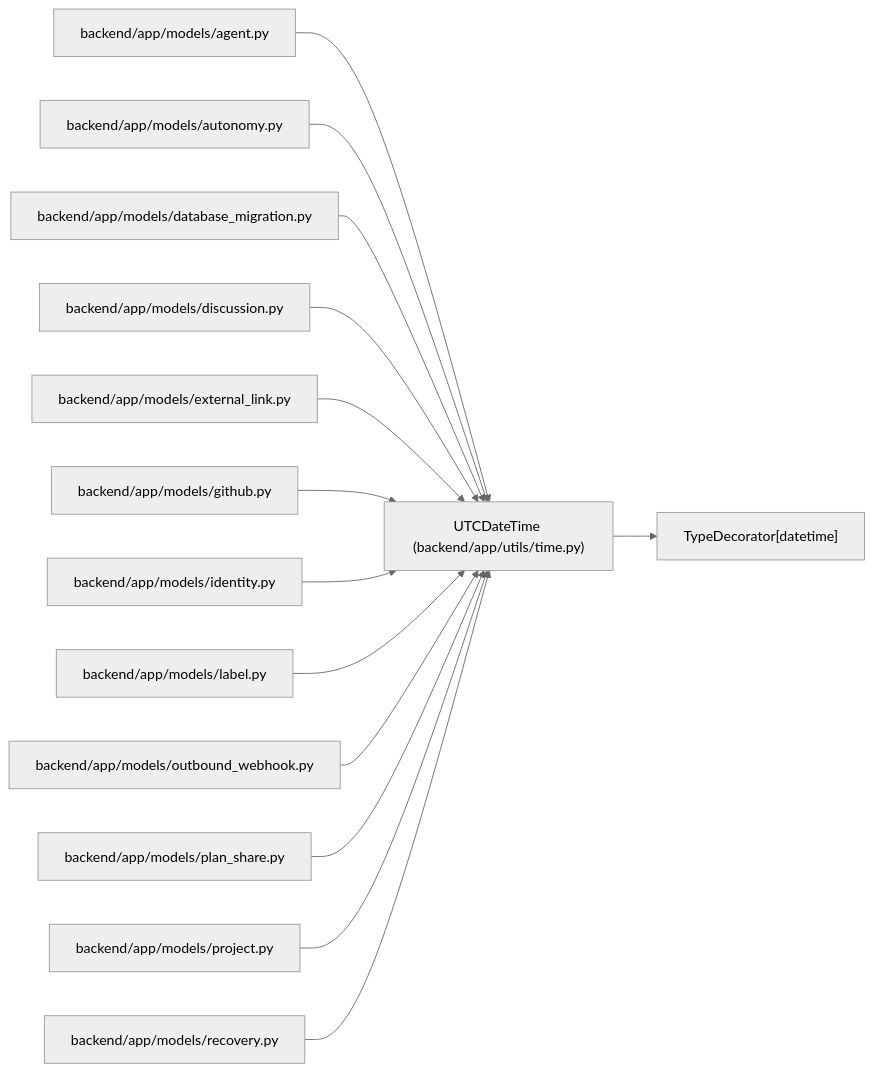
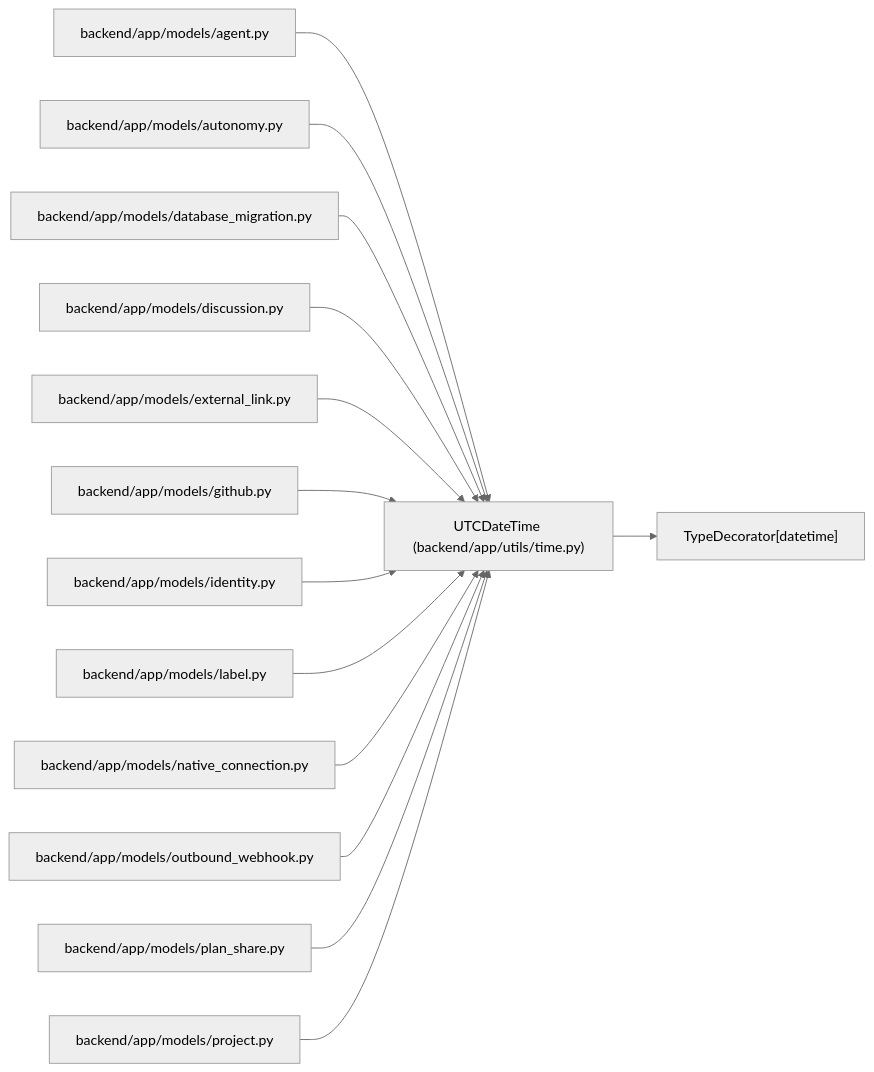
Before and after one commit to Denissvgn/WorkChord: the diagram in docs/llm_wiki/entities/UTCDateTime.md, drawn with Mermaid (neutral theme). The commit also changed other lines of this file and 621 other files, not shown here.

````diff
--- a/docs/llm_wiki/entities/UTCDateTime.md
+++ b/docs/llm_wiki/entities/UTCDateTime.md
@@ -31,43 +31,43 @@
 ```mermaid
 flowchart LR
     n0["UTCDateTime (backend/app/utils/time.py)"]
     n1["TypeDecorator[datetime]"]
     n2["backend/app/models/agent.py"]
     n3["backend/app/models/autonomy.py"]
     n4["backend/app/models/database_migration.py"]
     n5["backend/app/models/discussion.py"]
     n6["backend/app/models/external_link.py"]
     n7["backend/app/models/github.py"]
     n8["backend/app/models/identity.py"]
     n9["backend/app/models/label.py"]
-    n10["backend/app/models/outbound_webhook.py"]
-    n11["backend/app/models/plan_share.py"]
-    n12["backend/app/models/project.py"]
-    n13["backend/app/models/recovery.py"]
+    n10["backend/app/models/native_connection.py"]
+    n11["backend/app/models/outbound_webhook.py"]
+    n12["backend/app/models/plan_share.py"]
+    n13["backend/app/models/project.py"]
     n0 --> n1
     n2 --> n0
     n3 --> n0
     n4 --> n0
     n5 --> n0
     n6 --> n0
     n7 --> n0
     n8 --> n0
     n9 --> n0
     n10 --> n0
     n11 --> n0
     n12 --> n0
     n13 --> n0
     click n0 "../modules/time.md"
     click n2 "../modules/models_agent.md"
     click n3 "../modules/models_autonomy.md"
     click n4 "../modules/models_database_migration.md"
     click n5 "../modules/models_discussion.md"
     click n6 "../modules/models_external_link.md"
     click n7 "../modules/models_github.md"
     click n8 "../modules/models_identity.md"
     click n9 "../modules/models_label.md"
-    click n10 "../modules/models_outbound_webhook.md"
-    click n11 "../modules/models_plan_share.md"
-    click n12 "../modules/models_project.md"
-    click n13 "../modules/recovery.md"
+    click n10 "../modules/native_connection.md"
+    click n11 "../modules/models_outbound_webhook.md"
+    click n12 "../modules/models_plan_share.md"
+    click n13 "../modules/models_project.md"
 ```
````
